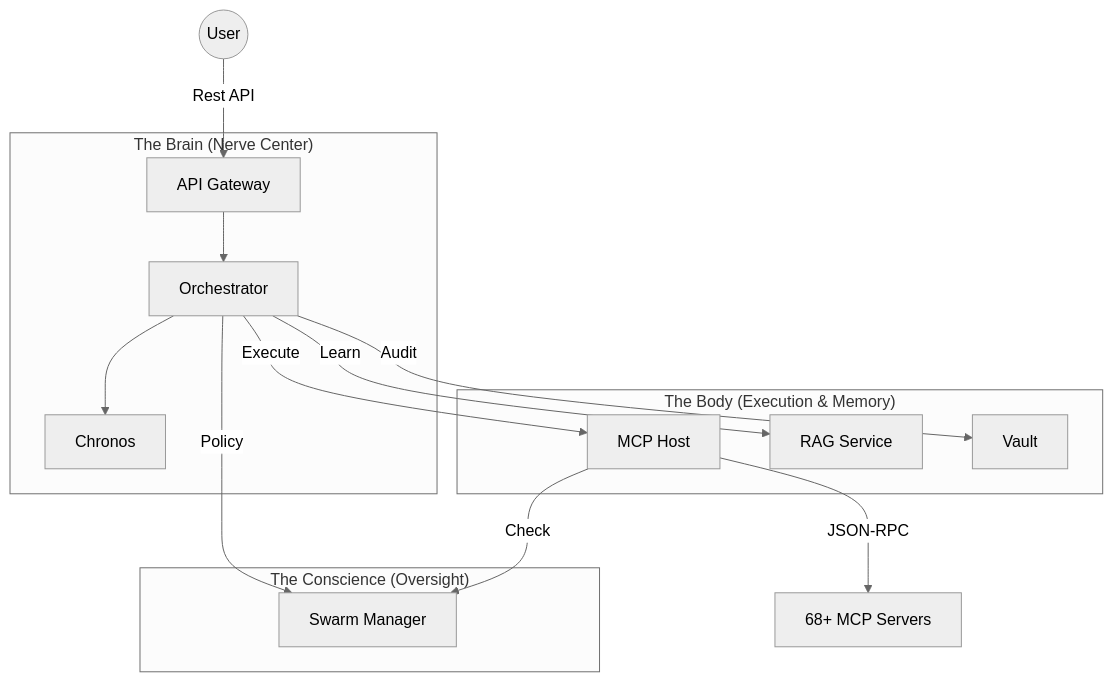
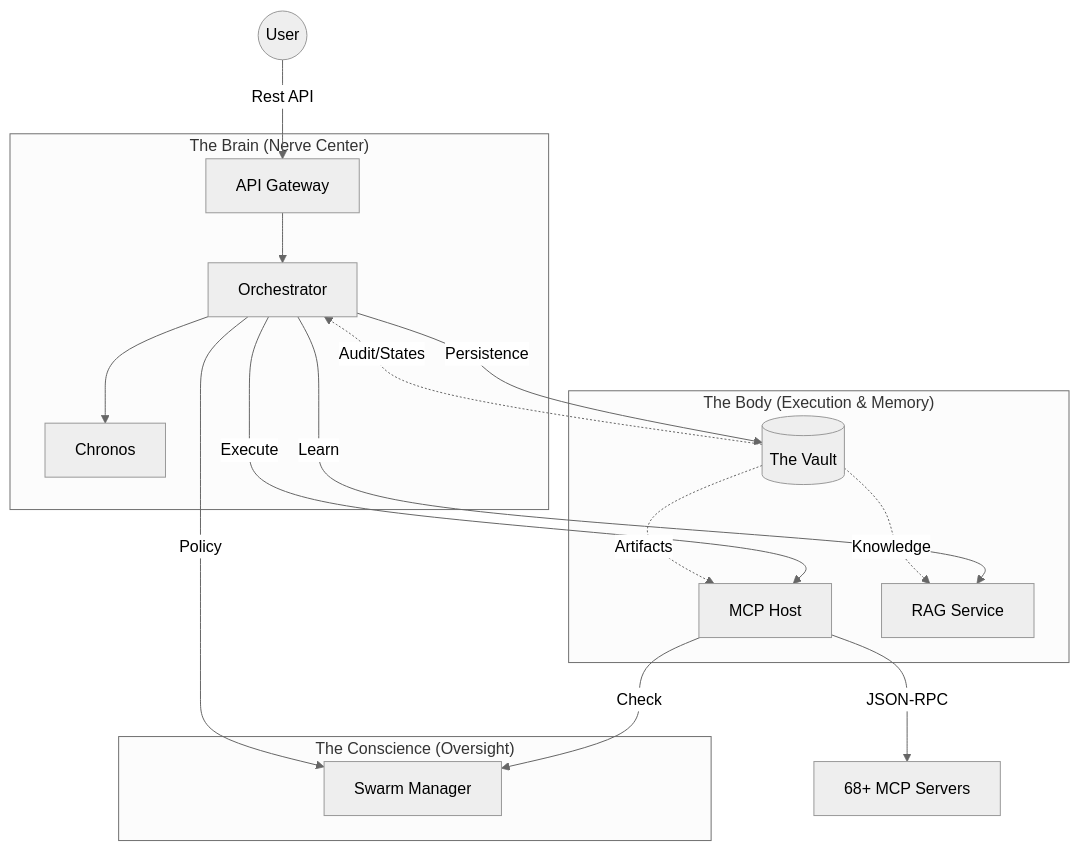
One commit to azzindani/Kea changed the diagram in README.md. Above: the diagram before and after it, drawn with Mermaid (neutral theme). The commit also changed other lines of this file and 6 other files, not shown here.

Commit message:
docs: Introduce new READMEs for RAG and Vault services, add GEMINI.md, update the main README, and remove debug files.

````diff
--- a/README.md
+++ b/README.md
@@ -27,22 +28,27 @@
 ```mermaid
 graph TD
     User((User)) -->|Rest API| Gateway[API Gateway]
     
     subgraph "The Brain (Nerve Center)"
         Gateway --> Orchestrator[Orchestrator]
         Orchestrator --> Chronos[Chronos]
     end
     
     subgraph "The Body (Execution & Memory)"
         Orchestrator -->|Execute| Host[MCP Host]
         Orchestrator -->|Learn| RAG[RAG Service]
-        Orchestrator -->|Audit| Vault[Vault]
+        Orchestrator -->|Persistence| Vault[(The Vault)]
     end
     
     subgraph "The Conscience (Oversight)"
         Host -->|Check| Manager[Swarm Manager]
         Orchestrator -->|Policy| Manager
     end
     
+    %% The Vault as Central Database
+    Vault -.->|Audit/States| Orchestrator
+    Vault -.->|Artifacts| Host
+    Vault -.->|Knowledge| RAG
+    
     Host -->|JSON-RPC| Tools[68+ MCP Servers]
 ```
````
